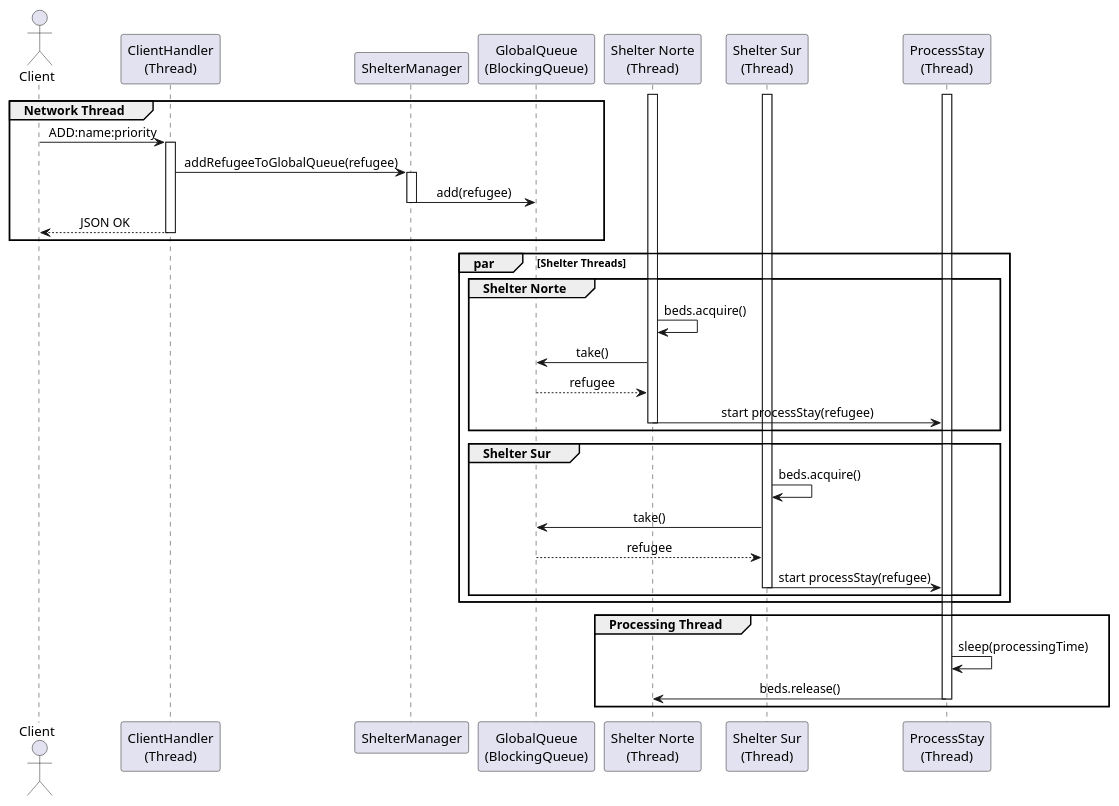
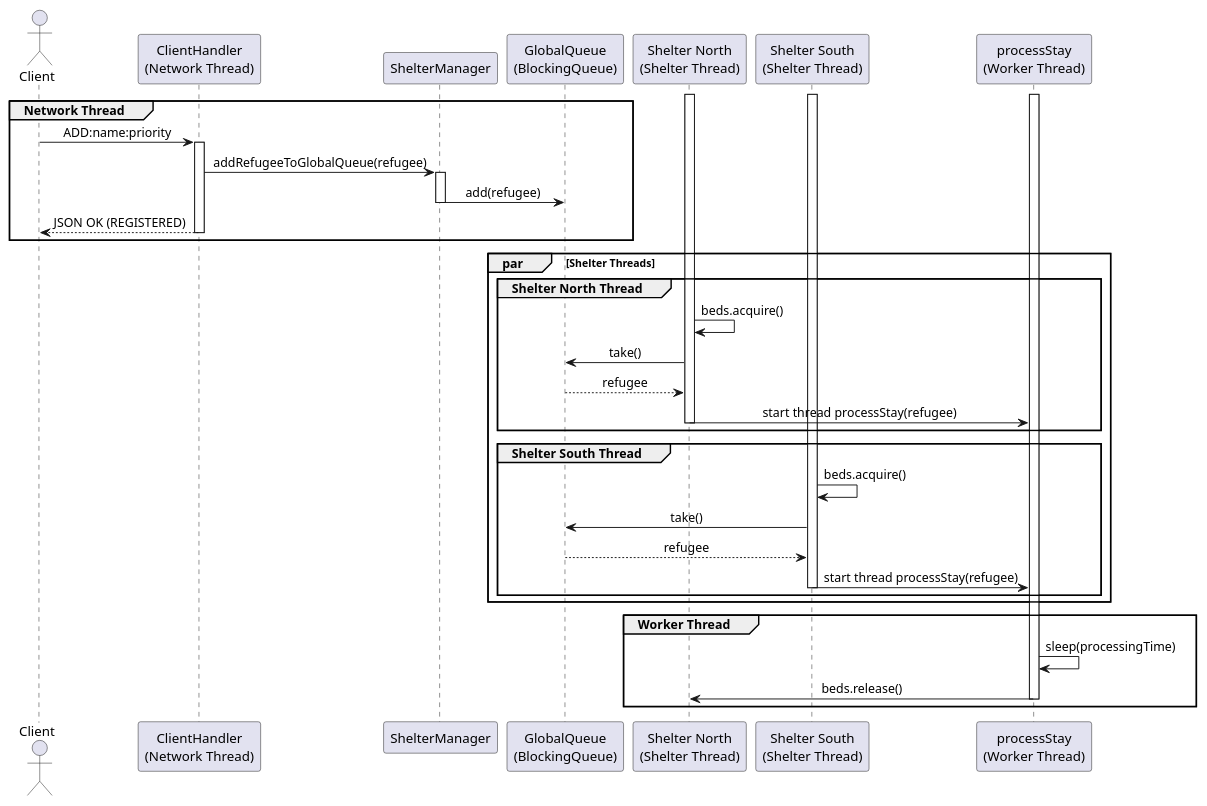
One commit to Etxarri/ShelterAI changed the diagram in backend/simulator-os/src/main/java/com/shelterai/simulator_os/Diagrams/sequence.puml. Above: the diagram before and after it, drawn with PlantUML. The commit also changed 6 other files, not shown here.

Commit message:
OperatingConDiagramas

```diff
--- a/backend/simulator-os/src/main/java/com/shelterai/simulator_os/Diagrams/sequence.puml
+++ b/backend/simulator-os/src/main/java/com/shelterai/simulator_os/Diagrams/sequence.puml
@@ -1,66 +1,68 @@
 @startuml
 skinparam sequenceMessageAlign center
 skinparam responseMessageBelowArrow true
 
 actor Client
 
-participant "ClientHandler\n(Thread)" as CH
+participant "ClientHandler\n(Network Thread)" as CH
 participant "ShelterManager" as SM
 participant "GlobalQueue\n(BlockingQueue)" as GQ
 
-participant "Shelter Norte\n(Thread)" as SN
-participant "Shelter Sur\n(Thread)" as SS
+participant "Shelter North\n(Shelter Thread)" as SN
+participant "Shelter South\n(Shelter Thread)" as SS
 
-participant "ProcessStay\n(Thread)" as PS
+participant "processStay\n(Worker Thread)" as PS
 
-' =========================
-'  REGISTRO DEL REFUGIADO
-' =========================
+' =================================================
+'  HILO DE RED – REGISTRO DEL REFUGIADO (ADD)
+' =================================================
 group Network Thread
     Client -> CH : ADD:name:priority
     activate CH
 
     CH -> SM : addRefugeeToGlobalQueue(refugee)
     activate SM
 
     SM -> GQ : add(refugee)
     deactivate SM
 
-    CH --> Client : JSON OK
+    CH --> Client : JSON OK (REGISTERED)
     deactivate CH
 end
 
-' =========================
-'  CONSUMO POR REFUGIOS
-' =========================
+' =================================================
+'  HILOS DE REFUGIOS – CONSUMO CONCURRENTE
+' =================================================
 par Shelter Threads
-    group Shelter Norte
+
+    group Shelter North Thread
         activate SN
         SN -> SN : beds.acquire()
         SN -> GQ : take()
         GQ --> SN : refugee
-        SN -> PS : start processStay(refugee)
+        SN -> PS : start thread processStay(refugee)
         deactivate SN
     end
 
-    group Shelter Sur
+    group Shelter South Thread
         activate SS
         SS -> SS : beds.acquire()
         SS -> GQ : take()
         GQ --> SS : refugee
-        SS -> PS : start processStay(refugee)
+        SS -> PS : start thread processStay(refugee)
         deactivate SS
     end
+
 end
 
-' =========================
-'  PROCESAMIENTO INTERNO
-' =========================
-group Processing Thread
+' =================================================
+'  HILO DE PROCESAMIENTO – ESTANCIA
+' =================================================
+group Worker Thread
     activate PS
     PS -> PS : sleep(processingTime)
     PS -> SN : beds.release()
     deactivate PS
 end
 
 @enduml
```
